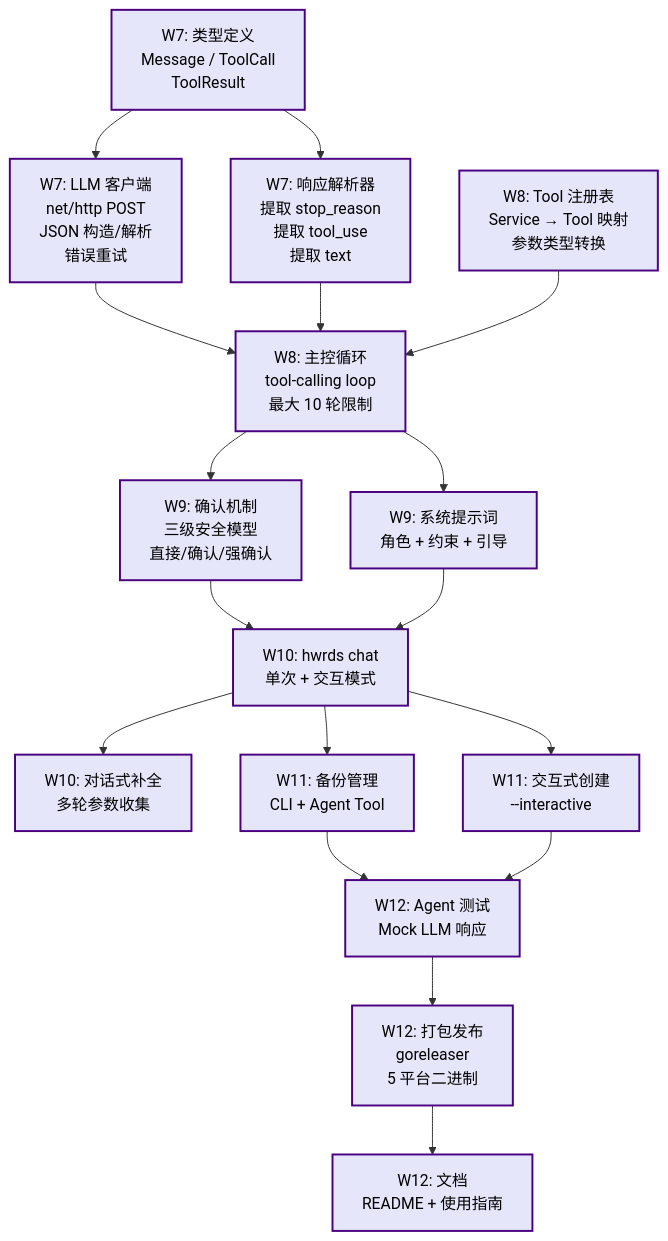
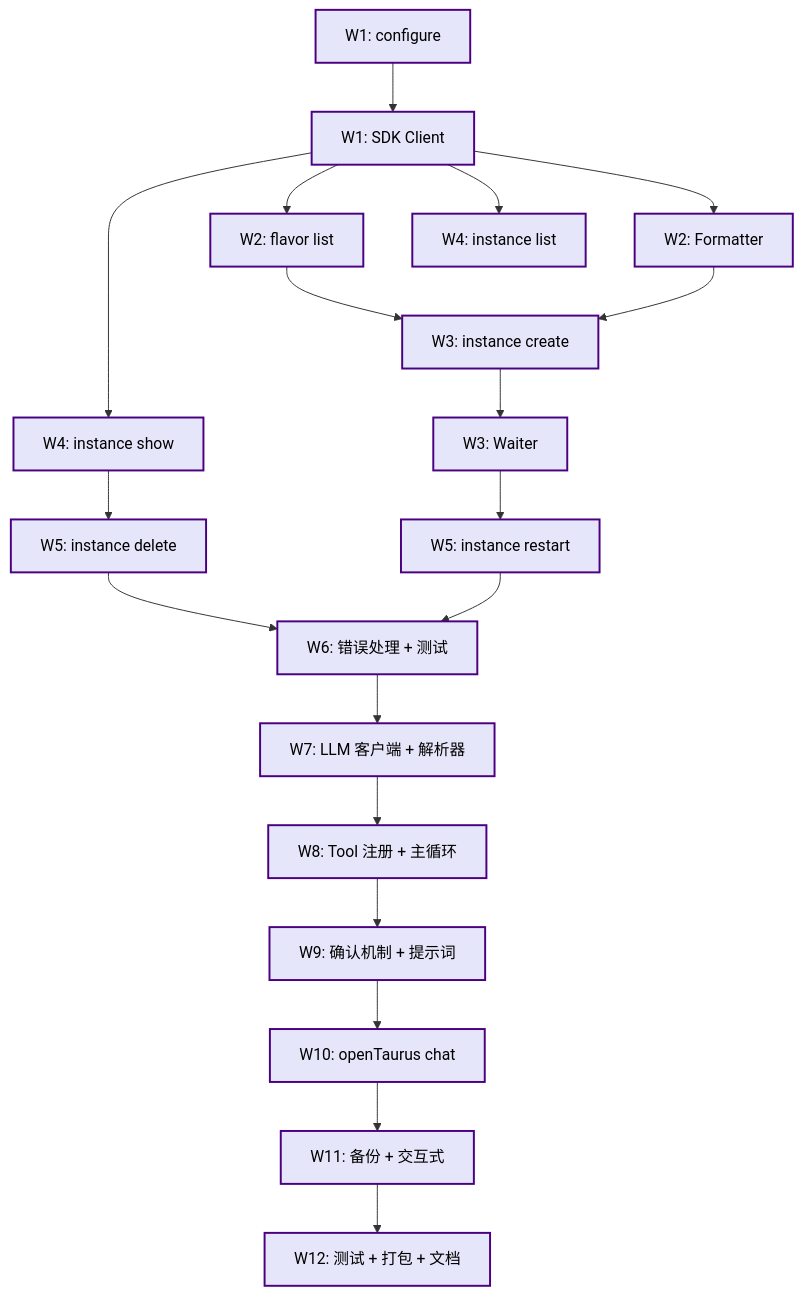
Before and after one commit to youweichen0208/blog: diagram 13 of 15 in docs/projects/cli-agent/index.md, drawn with Mermaid. The commit also changed other lines of this file, not shown here.

Commit message:
openTaurus cli架构图

````diff
--- a/docs/projects/cli-agent/index.md
+++ b/docs/projects/cli-agent/index.md
@@ -627,48 +742,42 @@
 ```mermaid
 graph TD
-    W7_LLM["W7: LLM 客户端<br/>net/http POST<br/>JSON 构造/解析<br/>错误重试"]
-    W7_PARSER["W7: 响应解析器<br/>提取 stop_reason<br/>提取 tool_use<br/>提取 text"]
-    W7_TYPES["W7: 类型定义<br/>Message / ToolCall<br/>ToolResult"]
-    W8_TOOLS["W8: Tool 注册表<br/>Service → Tool 映射<br/>参数类型转换"]
-    W8_LOOP["W8: 主控循环<br/>tool-calling loop<br/>最大 10 轮限制"]
-    W9_CONFIRM["W9: 确认机制<br/>三级安全模型<br/>直接/确认/强确认"]
-    W9_PROMPT["W9: 系统提示词<br/>角色 + 约束 + 引导"]
-    W10_CHAT["W10: hwrds chat<br/>单次 + 交互模式"]
-    W10_DIALOG["W10: 对话式补全<br/>多轮参数收集"]
-    W11_BACKUP["W11: 备份管理<br/>CLI + Agent Tool"]
-    W11_INTERACTIVE["W11: 交互式创建<br/>--interactive"]
-    W12_TEST["W12: Agent 测试<br/>Mock LLM 响应"]
-    W12_BUILD["W12: 打包发布<br/>goreleaser<br/>5 平台二进制"]
-    W12_DOCS["W12: 文档<br/>README + 使用指南"]
+    W1_CONF["W1: configure"]
+    W1_SDK["W1: SDK Client"]
+    W2_FLAVOR["W2: flavor list"]
+    W2_FMT["W2: Formatter"]
+    W3_CREATE["W3: instance create"]
+    W3_WAITER["W3: Waiter"]
+    W4_LIST["W4: instance list"]
+    W4_SHOW["W4: instance show"]
+    W5_DELETE["W5: instance delete"]
+    W5_RESTART["W5: instance restart"]
+    W6_ERROR["W6: 错误处理 + 测试"]
+    W7_LLM["W7: LLM 客户端 + 解析器"]
+    W8_LOOP["W8: Tool 注册 + 主循环"]
+    W9_SAFE["W9: 确认机制 + 提示词"]
+    W10_CHAT["W10: openTaurus chat"]
+    W11_EXT["W11: 备份 + 交互式"]
+    W12_SHIP["W12: 测试 + 打包 + 文档"]
 
-    W7_TYPES --> W7_LLM
-    W7_TYPES --> W7_PARSER
+    W1_CONF --> W1_SDK
+    W1_SDK --> W2_FLAVOR
+    W1_SDK --> W2_FMT
+    W2_FLAVOR --> W3_CREATE
+    W2_FMT --> W3_CREATE
+    W3_CREATE --> W3_WAITER
+    W1_SDK --> W4_LIST
+    W1_SDK --> W4_SHOW
+    W4_SHOW --> W5_DELETE
+    W3_WAITER --> W5_RESTART
+    W5_DELETE --> W6_ERROR
+    W5_RESTART --> W6_ERROR
+    W6_ERROR --> W7_LLM
     W7_LLM --> W8_LOOP
-    W7_PARSER --> W8_LOOP
-    W8_TOOLS --> W8_LOOP
-    W8_LOOP --> W9_CONFIRM
-    W8_LOOP --> W9_PROMPT
-    W9_CONFIRM --> W10_CHAT
-    W9_PROMPT --> W10_CHAT
-    W10_CHAT --> W10_DIALOG
-    W10_CHAT --> W11_BACKUP
-    W10_CHAT --> W11_INTERACTIVE
-    W11_BACKUP --> W12_TEST
-    W11_INTERACTIVE --> W12_TEST
-    W12_TEST --> W12_BUILD
-    W12_BUILD --> W12_DOCS
+    W8_LOOP --> W9_SAFE
+    W9_SAFE --> W10_CHAT
+    W10_CHAT --> W11_EXT
+    W11_EXT --> W12_SHIP
 
-    classDef w7 fill:#E6E6FA,stroke:#4B0082,stroke-width:2px,color:#000
-    classDef w8 fill:#E6E6FA,stroke:#4B0082,stroke-width:2px,color:#000
-    classDef w9 fill:#E6E6FA,stroke:#4B0082,stroke-width:2px,color:#000
-    classDef w10 fill:#E6E6FA,stroke:#4B0082,stroke-width:2px,color:#000
-    classDef w11 fill:#E6E6FA,stroke:#4B0082,stroke-width:2px,color:#000
-    classDef w12 fill:#E6E6FA,stroke:#4B0082,stroke-width:2px,color:#000
-
-    class W7_LLM,W7_PARSER,W7_TYPES w7
-    class W8_TOOLS,W8_LOOP w8
-    class W9_CONFIRM,W9_PROMPT w9
-    class W10_CHAT,W10_DIALOG w10
-    class W11_BACKUP,W11_INTERACTIVE w11
-    class W12_TEST,W12_BUILD,W12_DOCS w12
+    classDef nodeStyle fill:#E6E6FA,stroke:#4B0082,stroke-width:2px,color:#000
+    class W1_CONF,W1_SDK,W2_FLAVOR,W2_FMT,W3_CREATE,W3_WAITER,W4_LIST,W4_SHOW,W5_DELETE,W5_RESTART,W6_ERROR,W7_LLM,W8_LOOP,W9_SAFE,W10_CHAT,W11_EXT,W12_SHIP nodeStyle
 ```
````
